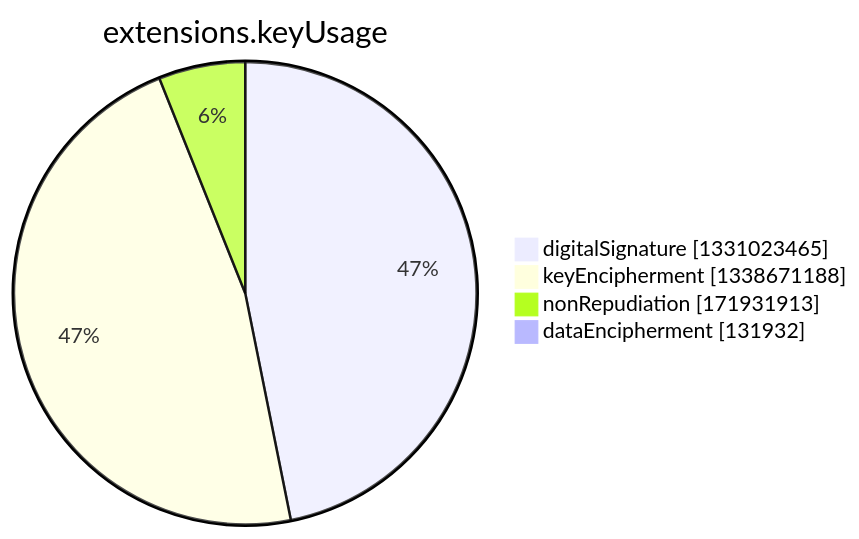
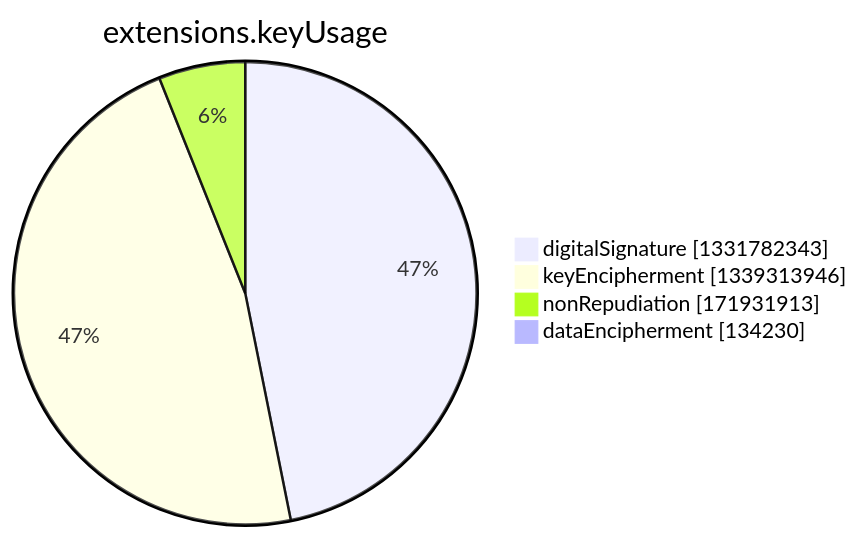
The seventh of 15 diagrams in argon2022/README.md (christiankrug/ctmonitor_visualization), drawn with Mermaid before and after one commit. The commit also changed other lines of this file, not shown here.

````diff
--- a/argon2022/README.md
+++ b/argon2022/README.md
@@ -2750,8 +2750,8 @@
 ```mermaid
 pie showData
 title extensions.keyUsage
-"digitalSignature" :1331023465
-"keyEncipherment" :1338671188
+"digitalSignature" :1331782343
+"keyEncipherment" :1339313946
 "nonRepudiation" :171931913
-"dataEncipherment" :131932
+"dataEncipherment" :134230
 ```
````
